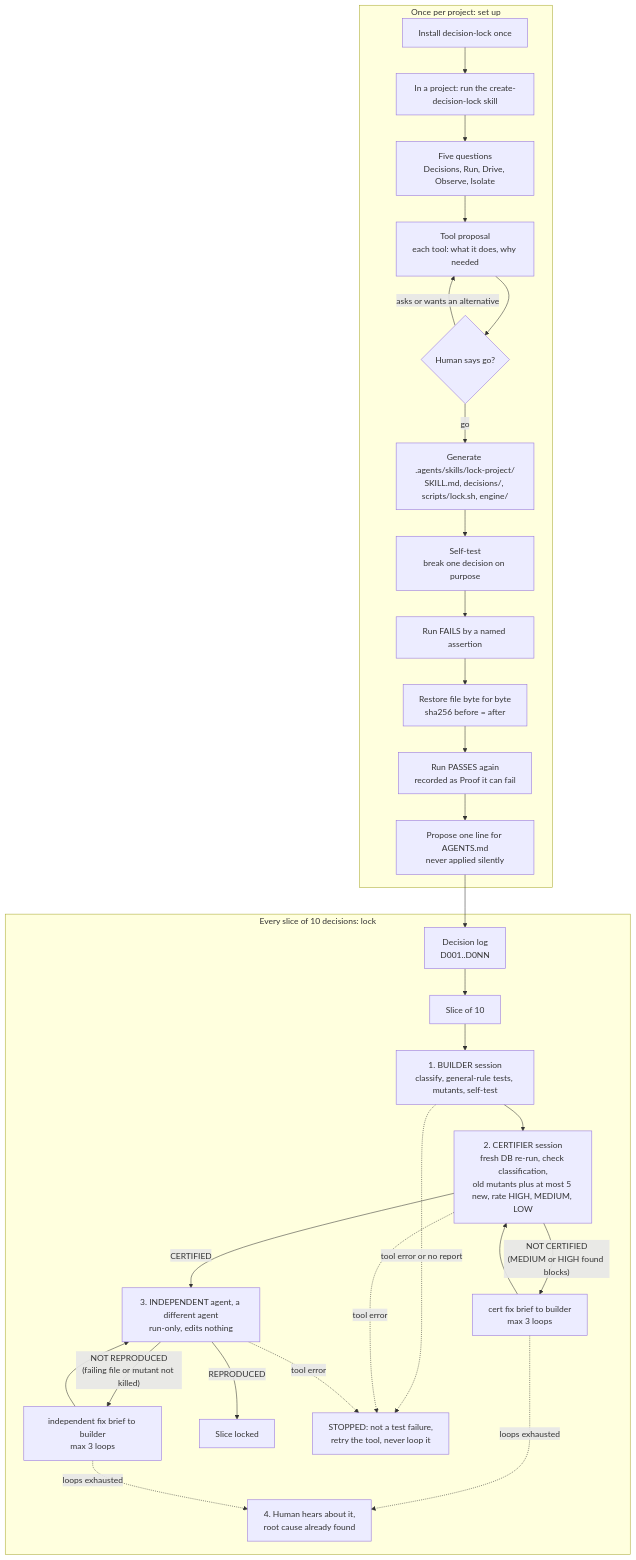
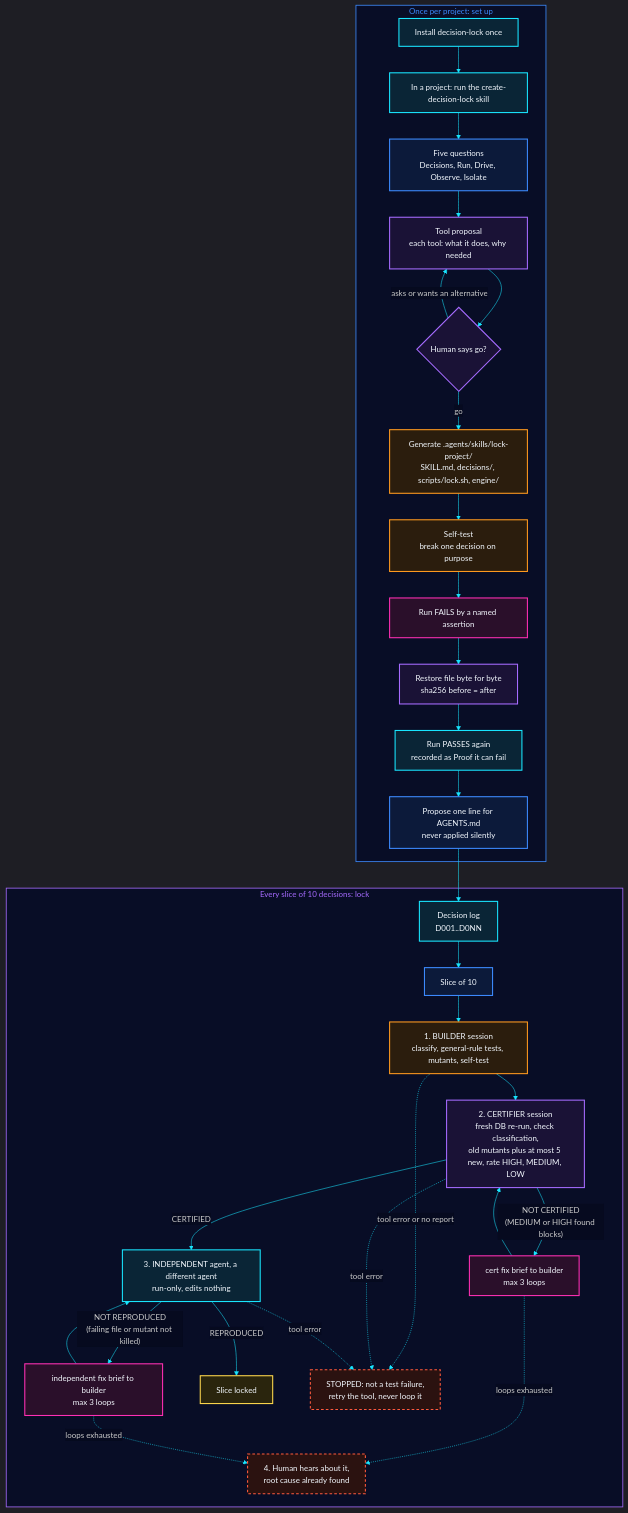
One commit to fetch-spec/decision-lock changed the diagram in README.md. Above: the diagram before and after it, drawn with Mermaid. The commit also changed other lines of this file and 1 other file, not shown here.

Commit message:
Flow chart: neon box style, same content

````diff
--- a/README.md
+++ b/README.md
@@ -31,33 +35,50 @@
 ```mermaid
+%%{init: {"theme":"dark","themeVariables":{"background":"#060a1f","primaryColor":"#0d1b33","primaryTextColor":"#f4f9ff","primaryBorderColor":"#19e6ff","lineColor":"#19e6ff","secondaryColor":"#1a1033","tertiaryColor":"#060a1f","clusterBkg":"#080d26","clusterBorder":"#3d8bff","edgeLabelBackground":"#060a1f","fontSize":"15px"},"flowchart":{"curve":"basis","htmlLabels":true}}}%%
 flowchart TD
     subgraph SETUP["Once per project: set up"]
         INSTALL["Install decision-lock once"] --> INVOKE["In a project: run the create-decision-lock skill"]
         INVOKE --> FQ["Five questions<br/>Decisions, Run, Drive, Observe, Isolate"]
         FQ --> PROP["Tool proposal<br/>each tool: what it does, why needed"]
         PROP --> GO{"Human says go?"}
         GO -->|"asks or wants an alternative"| PROP
         GO -->|"go"| GEN["Generate .agents/skills/lock-project/<br/>SKILL.md, decisions/, scripts/lock.sh, engine/"]
         GEN --> ST["Self-test<br/>break one decision on purpose"]
         ST --> FAIL["Run FAILS by a named assertion"]
         FAIL --> RESTORE["Restore file byte for byte<br/>sha256 before = after"]
         RESTORE --> PASS["Run PASSES again<br/>recorded as Proof it can fail"]
         PASS --> RULE["Propose one line for AGENTS.md<br/>never applied silently"]
     end
     subgraph SLICE_LOOP["Every slice of 10 decisions: lock"]
         LOG["Decision log<br/>D001..D0NN"] --> SLICE["Slice of 10"]
         SLICE --> BUILD["1. BUILDER session<br/>classify, general-rule tests, mutants, self-test"]
         BUILD --> CERT["2. CERTIFIER session<br/>fresh DB re-run, check classification,<br/>old mutants plus at most 5 new, rate HIGH, MEDIUM, LOW"]
         CERT -->|"NOT CERTIFIED<br/>(MEDIUM or HIGH found blocks)"| FIX1["cert fix brief to builder<br/>max 3 loops"]
         FIX1 --> CERT
         CERT -->|"CERTIFIED"| IND["3. INDEPENDENT agent, a different agent<br/>run-only, edits nothing"]
         IND -->|"NOT REPRODUCED<br/>(failing file or mutant not killed)"| FIX2["independent fix brief to builder<br/>max 3 loops"]
         FIX2 --> IND
         IND -->|"REPRODUCED"| DONE["Slice locked"]
         FIX1 -.->|"loops exhausted"| HUMAN["4. Human hears about it,<br/>root cause already found"]
         FIX2 -.->|"loops exhausted"| HUMAN
         BUILD -.->|"tool error or no report"| STOP["STOPPED: not a test failure,<br/>retry the tool, never loop it"]
         CERT -.->|"tool error"| STOP
         IND -.->|"tool error"| STOP
     end
     RULE --> LOG
+    classDef cyan fill:#0a2536,stroke:#19e6ff,stroke-width:2px,color:#f4f9ff
+    classDef blue fill:#0c1a3a,stroke:#3d8bff,stroke-width:2px,color:#f4f9ff
+    classDef violet fill:#1a1236,stroke:#a66bff,stroke-width:2px,color:#f4f9ff
+    classDef magenta fill:#2a0f2a,stroke:#ff2fb4,stroke-width:2px,color:#f4f9ff
+    classDef orange fill:#2b1d0d,stroke:#ff9a1f,stroke-width:2px,color:#f4f9ff
+    classDef gold fill:#2a250d,stroke:#ffd84d,stroke-width:2px,color:#f4f9ff
+    classDef red fill:#2b1210,stroke:#ff5a3c,stroke-width:2px,color:#f4f9ff,stroke-dasharray:5 4
+    class INSTALL,INVOKE,IND,PASS,LOG cyan
+    class FQ,RULE,SLICE blue
+    class PROP,GO,RESTORE,CERT violet
+    class FAIL,FIX1,FIX2 magenta
+    class GEN,ST,BUILD orange
+    class DONE gold
+    class HUMAN,STOP red
+    style SETUP fill:#080d26,stroke:#3d8bff,stroke-width:1.5px,color:#3d8bff
+    style SLICE_LOOP fill:#080d26,stroke:#a66bff,stroke-width:1.5px,color:#a66bff
 ```
````
